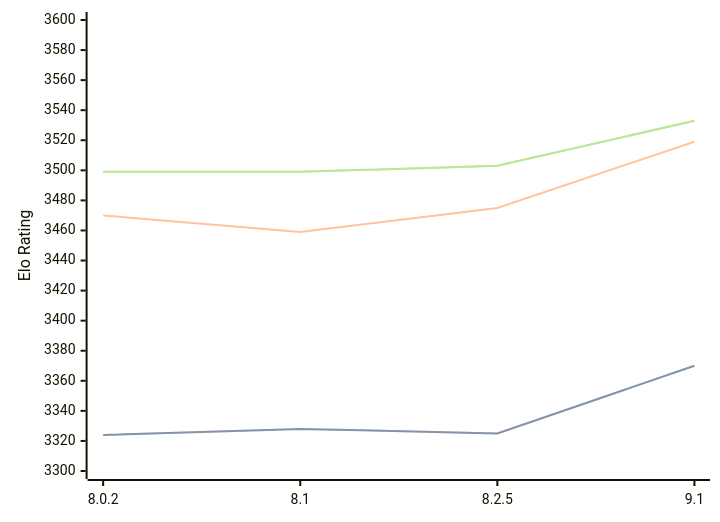
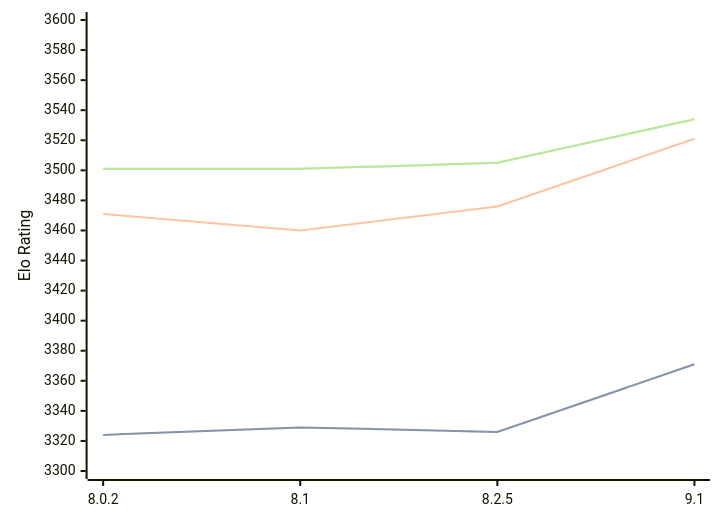
The first of 3 diagrams in engines/Clover.md (computer-chess-index/cci), drawn with Mermaid before and after one commit. The commit also changed other lines of this file, not shown here.

Commit message:
Update CCI Ratings (ELO VLTC) - 2026-06-30

````diff
--- a/engines/Clover.md
+++ b/engines/Clover.md
@@ -64,11 +64,11 @@
 ```mermaid
 %%{init: {"theme":"base","themeVariables":{"seriesColors:['#a3a3a3','#222221','#faa371']}}}%%
 xychart-beta
   x-axis ["8.0.2", "8.1", "8.2.5", "9.1"]
   y-axis "Elo Rating" 3300 --> 3600
-  line "STC (8.0+0.08s)" [3324, 3328, 3325, 3370]
-  line "STC (8.0+0.08s)" [3324, 3328, 3325, 3370]
-  line "LTC (60.0+0.60s)" [3470, 3459, 3475, 3519]
-  line "VLTC (2m24s+1.12s)" [3499, 3499, 3503, 3533]
-  line "VLTC (2m24s+1.12s)" [3499, 3499, 3503, 3533]
+  line "STC (8.0+0.08s)" [3324, 3329, 3326, 3371]
+  line "STC (8.0+0.08s)" [3324, 3329, 3326, 3371]
+  line "LTC (60.0+0.60s)" [3471, 3460, 3476, 3521]
+  line "VLTC (2m24s+1.12s)" [3501, 3501, 3505, 3534]
+  line "VLTC (2m24s+1.12s)" [3501, 3501, 3505, 3534]
 ```
````
